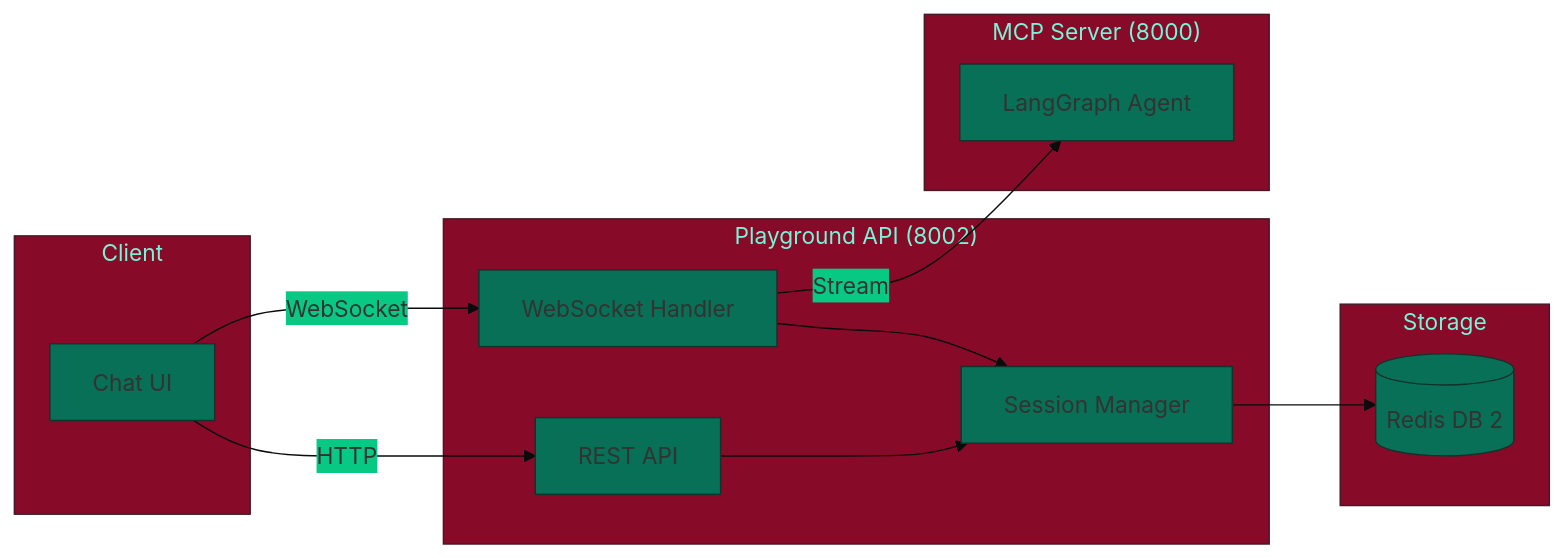
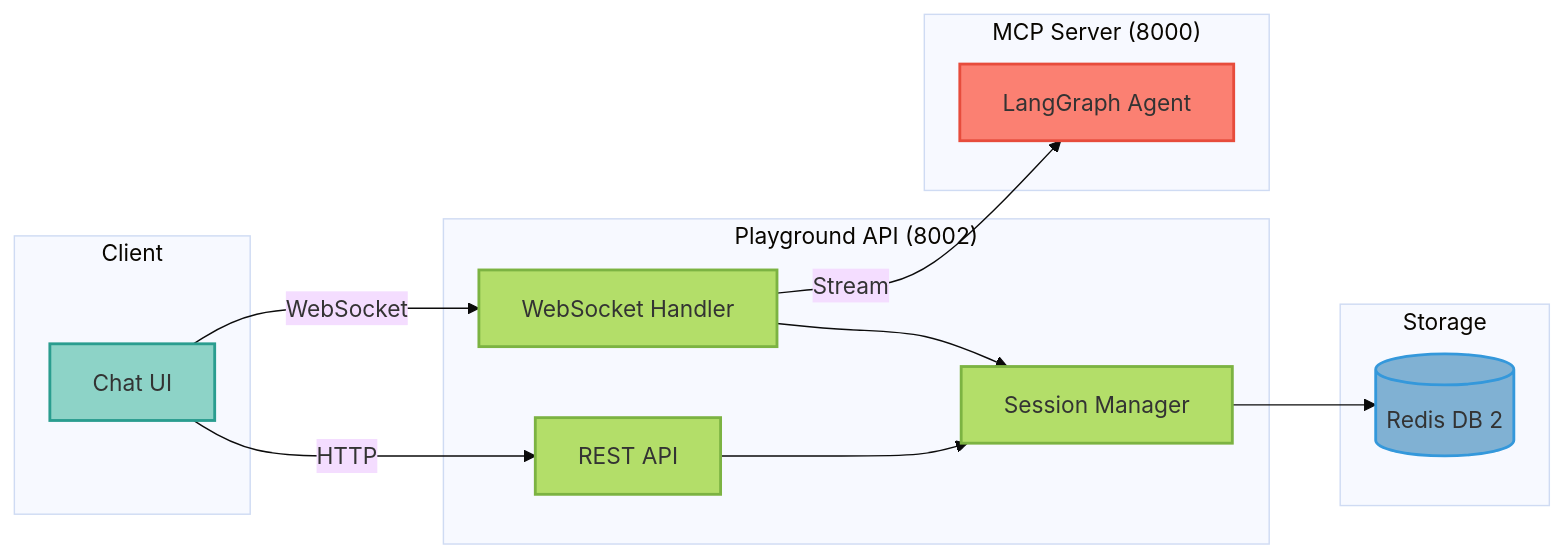
Before and after one commit to vishnu2kmohan/mcp-server-langgraph: the first of 2 diagrams in docs/guides/interactive-playground.mdx, drawn with Mermaid. The commit also changed 2 other files, not shown here.

Commit message:
style: add ColorBrewer2 Set3 palette styling to Mermaid diagrams
Add required ColorBrewer2 Set3 classDef styling to:
- docs/guides/interactive-playground.mdx
- docs/guides/visual-workflow-builder.mdx
- docs/development/test-infrastructure.mdx

Per diagram visualization standards (ADR-0055).

🤖 Generated with [Claude Code](https://claude.com/claude-code)

````diff
--- a/docs/guides/interactive-playground.mdx
+++ b/docs/guides/interactive-playground.mdx
@@ -27,28 +27,39 @@
 ```mermaid
-%%{init: {'theme':'base', 'themeVariables': {'primaryColor':'#087056','secondaryColor':'#07C983'}}}%%
+%%{init: {'theme':'base'}}%%
 flowchart LR
     subgraph Client
         UI[Chat UI]
     end
 
     subgraph Playground["Playground API (8002)"]
         WS[WebSocket Handler]
         REST[REST API]
         SM[Session Manager]
     end
 
     subgraph Storage
         Redis[(Redis DB 2)]
     end
 
     subgraph MCP["MCP Server (8000)"]
         Agent[LangGraph Agent]
     end
 
     UI -->|WebSocket| WS
     UI -->|HTTP| REST
     WS --> SM
     REST --> SM
     SM --> Redis
     WS -->|Stream| Agent
+
+    %% ColorBrewer2 Set3 palette - each component type uniquely colored
+    classDef clientStyle fill:#8dd3c7,stroke:#2a9d8f,stroke-width:2px,color:#333
+    classDef apiStyle fill:#b3de69,stroke:#7cb342,stroke-width:2px,color:#333
+    classDef storageStyle fill:#80b1d3,stroke:#3498db,stroke-width:2px,color:#333
+    classDef agentStyle fill:#fb8072,stroke:#e74c3c,stroke-width:2px,color:#333
+
+    class UI clientStyle
+    class WS,REST,SM apiStyle
+    class Redis storageStyle
+    class Agent agentStyle
 ```
````
